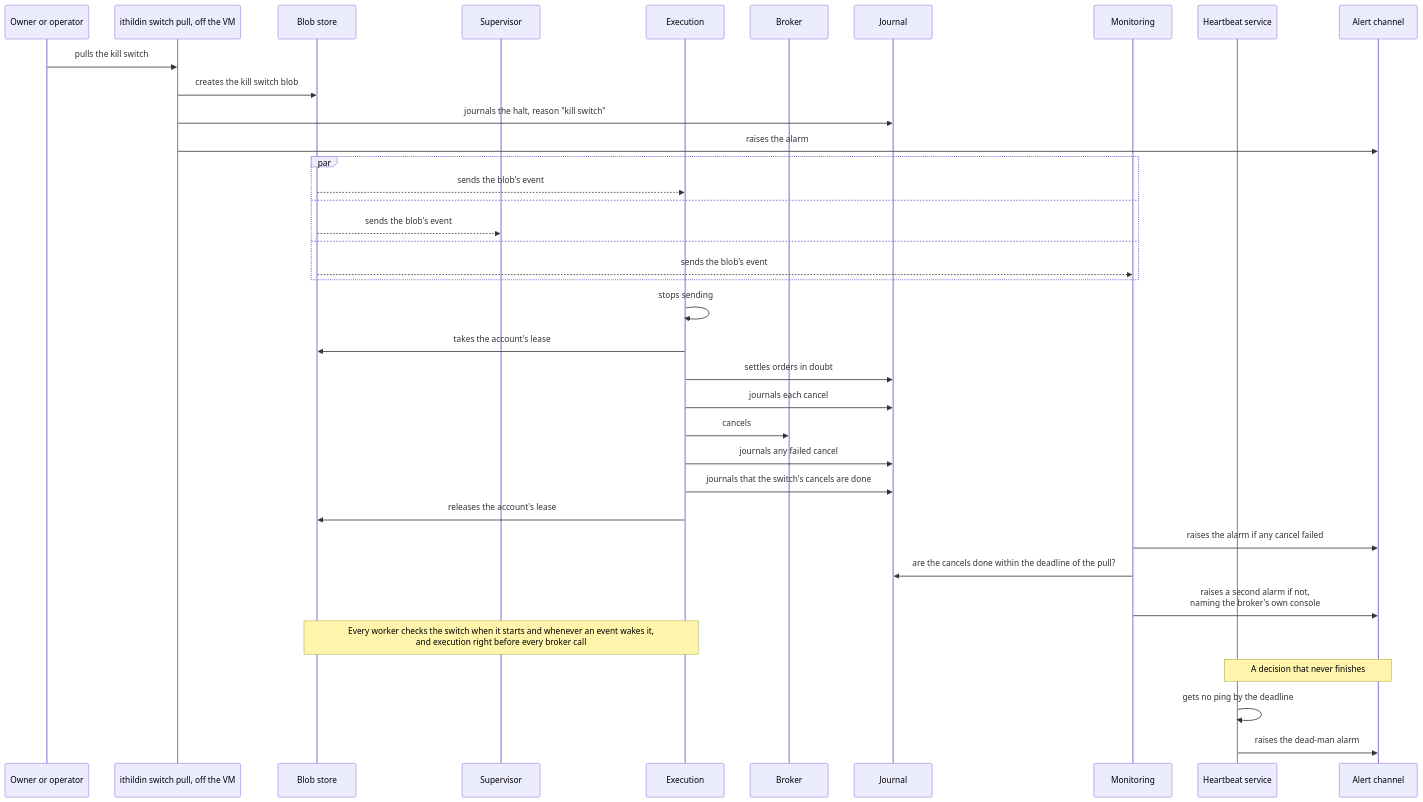
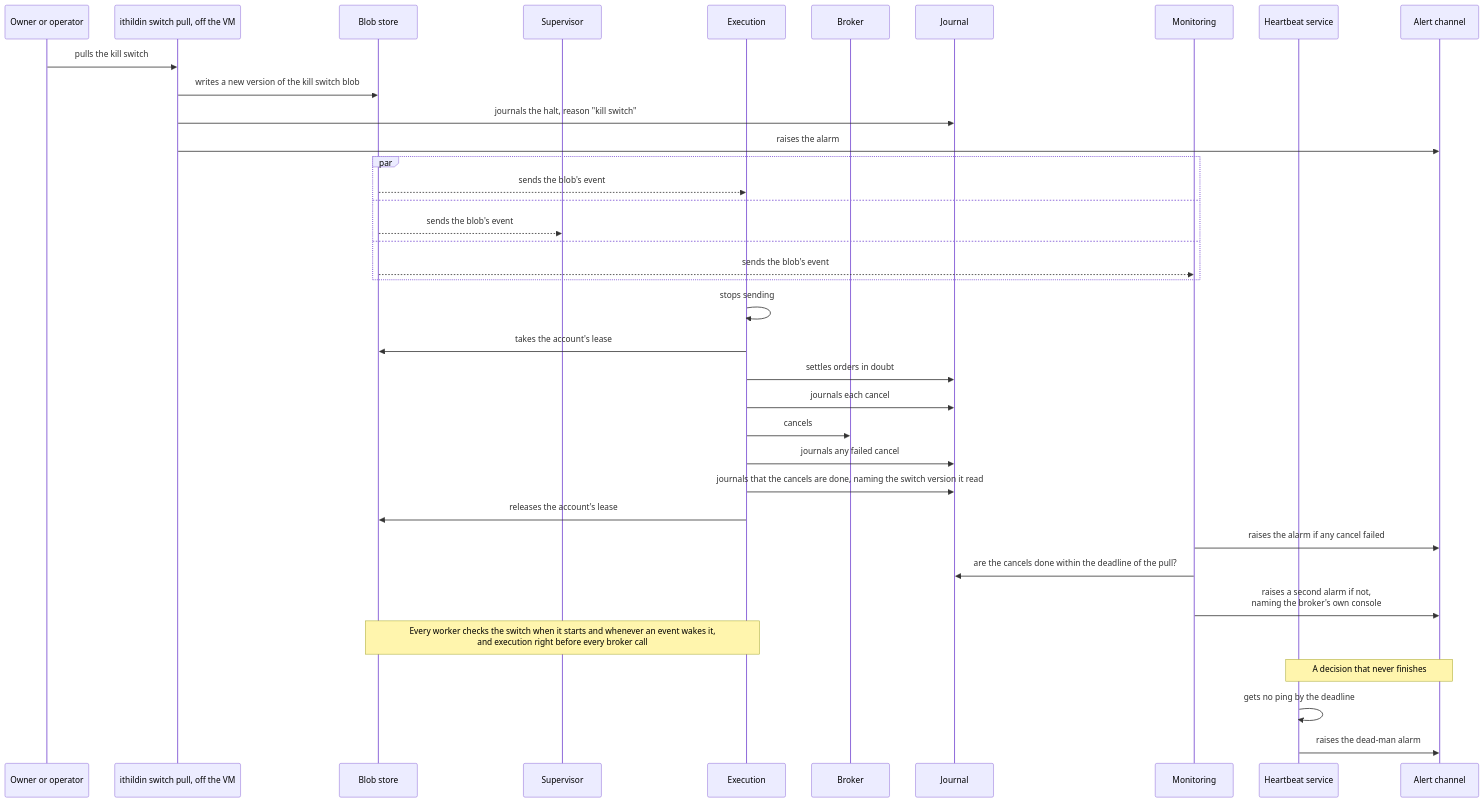
One commit to l3a0/ithildin-runtime changed diagram 15 of 17 in docs/architecture/06-runtime.md. Above: the diagram before and after it, drawn with Mermaid. The commit also changed 4 other files, not shown here.

````diff
--- a/docs/architecture/06-runtime.md
+++ b/docs/architecture/06-runtime.md
@@ -832,41 +832,41 @@
 ```mermaid
 sequenceDiagram
     participant P as Owner or operator
     participant K as ithildin switch pull, off the VM
     participant F as Blob store
     participant V as Supervisor
     participant X as Execution
     participant B as Broker
     participant J as Journal
     participant M as Monitoring
     participant H as Heartbeat service
     participant A as Alert channel
 
     P->>K: pulls the kill switch
-    K->>F: creates the kill switch blob
+    K->>F: writes a new version of the kill switch blob
     K->>J: journals the halt, reason "kill switch"
     K->>A: raises the alarm
     par
         F-->>X: sends the blob's event
     and
         F-->>V: sends the blob's event
     and
         F-->>M: sends the blob's event
     end
     X->>X: stops sending
     X->>F: takes the account's lease
     X->>J: settles orders in doubt
     X->>J: journals each cancel
     X->>B: cancels
     X->>J: journals any failed cancel
-    X->>J: journals that the switch's cancels are done
+    X->>J: journals that the cancels are done, naming the switch version it read
     X->>F: releases the account's lease
     M->>A: raises the alarm if any cancel failed
     M->>J: are the cancels done within the deadline of the pull?
     M->>A: raises a second alarm if not,<br/>naming the broker's own console
     Note over F,X: Every worker checks the switch when it starts and whenever an event wakes it,<br/>and execution right before every broker call
 
     Note over H,A: A decision that never finishes
     H->>H: gets no ping by the deadline
     H->>A: raises the dead-man alarm
 ```
````
